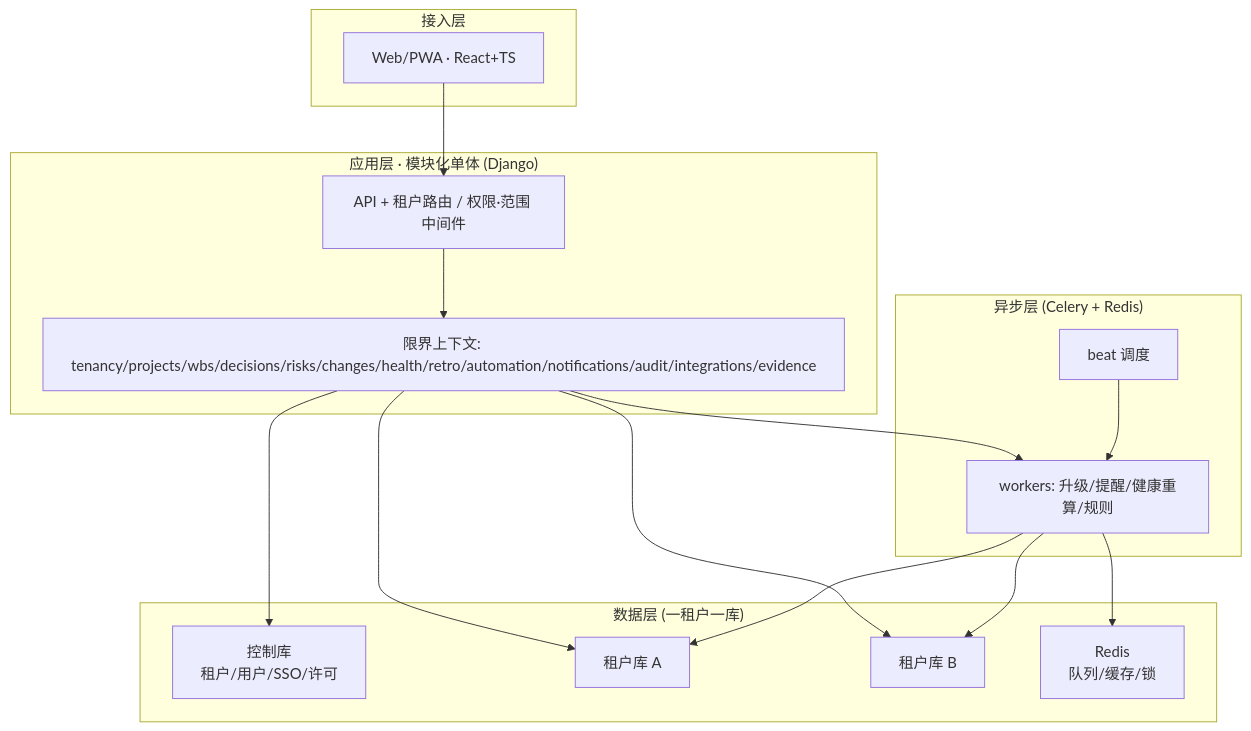
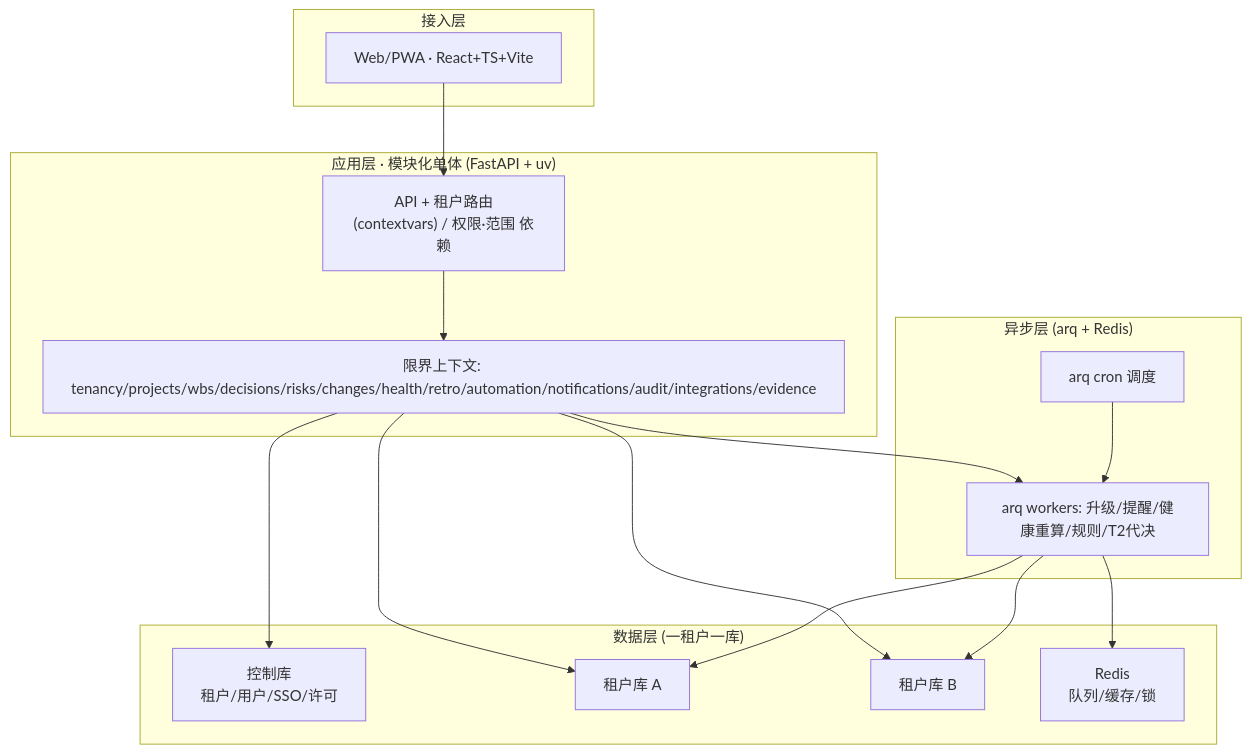
One commit to lengfengng1-ai-architect/pmsi changed the diagram in docs/14-技术架构设计.md. Above: the diagram before and after it, drawn with Mermaid. The commit also changed other lines of this file and 1 other file, not shown here.

First line of the commit message:
docs: 技术架构改用 FastAPI 栈（uv + SQLAlchemy2 异步 + arq + transitions）

````diff
--- a/docs/14-技术架构设计.md
+++ b/docs/14-技术架构设计.md
@@ -40,29 +96,29 @@
 ```mermaid
 flowchart TB
   subgraph EDGE["接入层"]
-    WEB["Web/PWA · React+TS"]
+    WEB["Web/PWA · React+TS+Vite"]
   end
-  subgraph APP["应用层 · 模块化单体 (Django)"]
-    MW["API + 租户路由 / 权限·范围 中间件"]
+  subgraph APP["应用层 · 模块化单体 (FastAPI + uv)"]
+    MW["API + 租户路由(contextvars) / 权限·范围 依赖"]
     CTX["限界上下文: tenancy/projects/wbs/decisions/risks/changes/health/retro/automation/notifications/audit/integrations/evidence"]
   end
-  subgraph ASYNC["异步层 (Celery + Redis)"]
-    WORK["workers: 升级/提醒/健康重算/规则"]
-    BEAT["beat 调度"]
+  subgraph ASYNC["异步层 (arq + Redis)"]
+    WORK["arq workers: 升级/提醒/健康重算/规则/T2代决"]
+    CRON["arq cron 调度"]
   end
   subgraph DATA["数据层 (一租户一库)"]
     CTRL["控制库\n租户/用户/SSO/许可"]
     T1["租户库 A"]
     T2["租户库 B"]
     REDIS["Redis\n队列/缓存/锁"]
   end
   WEB --> MW --> CTX
   CTX --> CTRL
   CTX --> T1
   CTX --> T2
   CTX --> WORK
   WORK --> T1
   WORK --> T2
   WORK --> REDIS
-  BEAT --> WORK
+  CRON --> WORK
 ```
````
